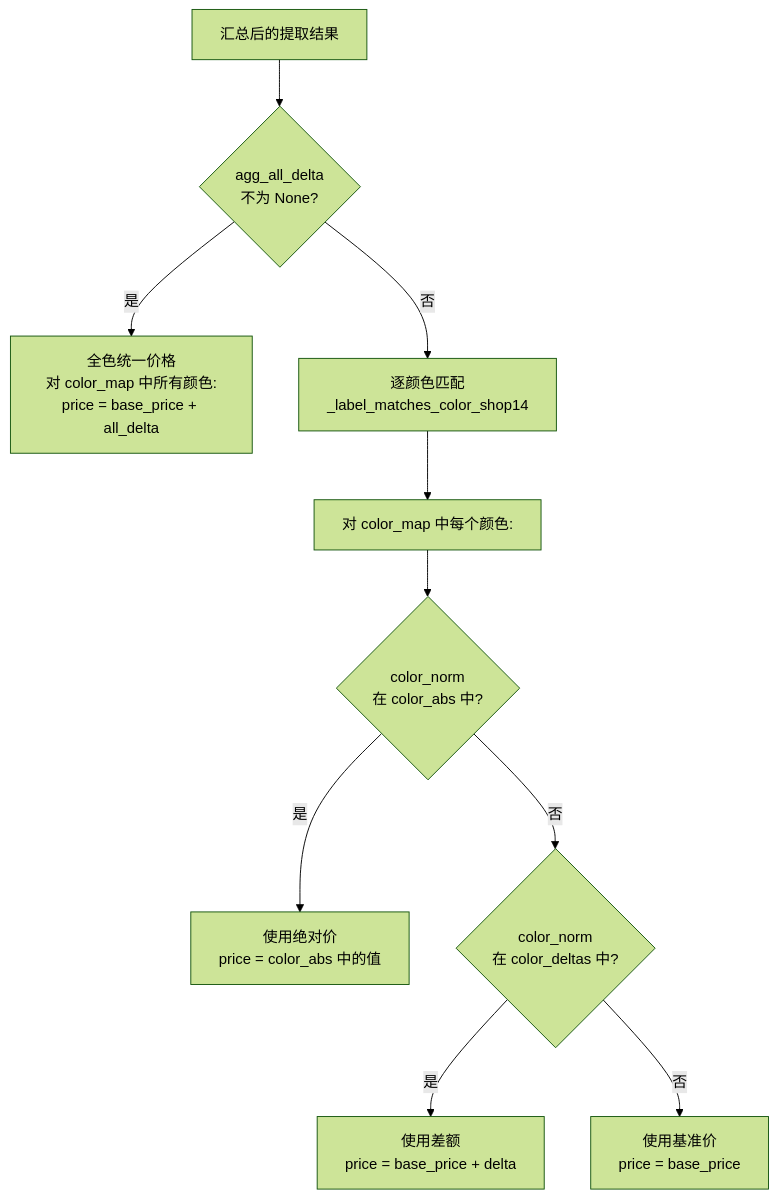
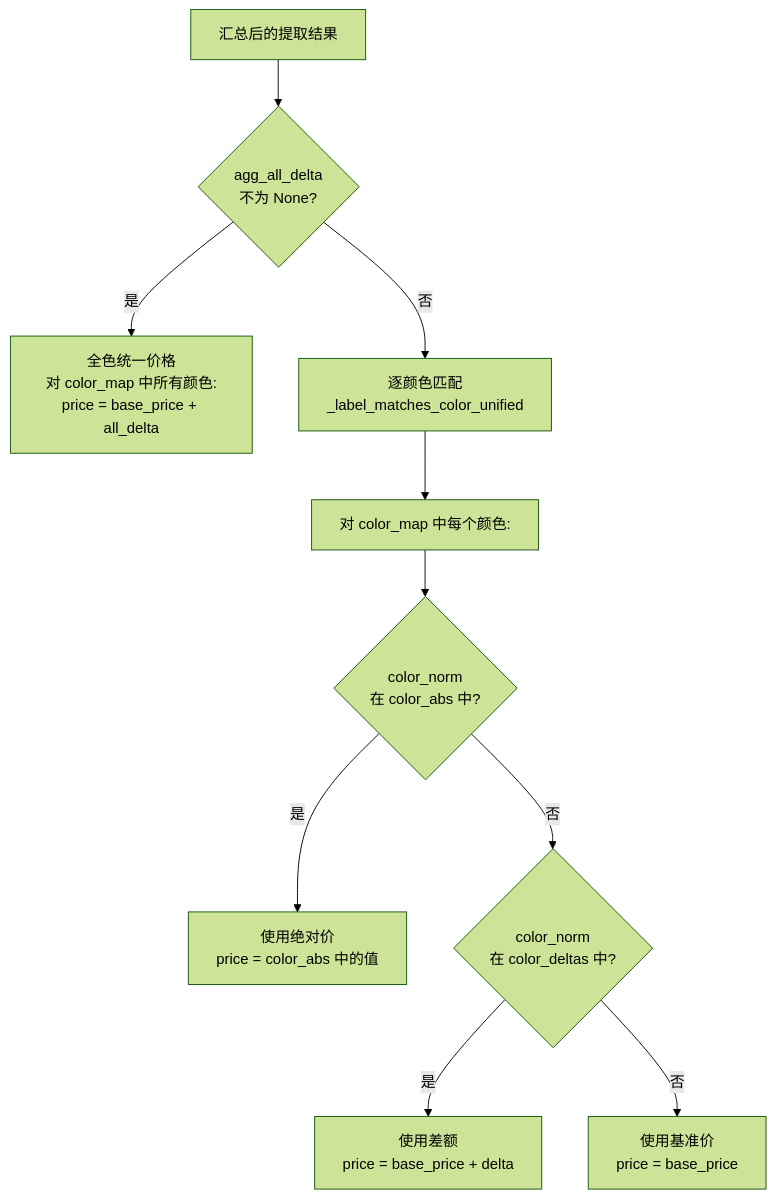
The eighth of 9 diagrams in doc_shop/shop14_cleaner.md (zhujiansamuel/YamagotiProjects), drawn with Mermaid (forest theme) before and after one commit. The commit also changed other lines of this file and 44 other files, not shown here.

````diff
--- a/doc_shop/shop14_cleaner.md
+++ b/doc_shop/shop14_cleaner.md
@@ -393,18 +393,18 @@
 ```mermaid
 flowchart TD
     START["汇总后的提取结果"]
     START --> Q1{agg_all_delta\n不为 None?}
 
     Q1 -->|是| ALL["全色统一价格\n对 color_map 中所有颜色:\nprice = base_price + all_delta"]
 
-    Q1 -->|否| Q2["逐颜色匹配\n_label_matches_color_shop14"]
+    Q1 -->|否| Q2["逐颜色匹配\n_label_matches_color_unified"]
 
     Q2 --> MATCH["对 color_map 中每个颜色:"]
     MATCH --> Q3{color_norm\n在 color_abs 中?}
 
     Q3 -->|是| ABS["使用绝对价\nprice = color_abs 中的值"]
     Q3 -->|否| Q4{color_norm\n在 color_deltas 中?}
 
     Q4 -->|是| DELTA["使用差额\nprice = base_price + delta"]
     Q4 -->|否| BASE["使用基准价\nprice = base_price"]
 ```
````
